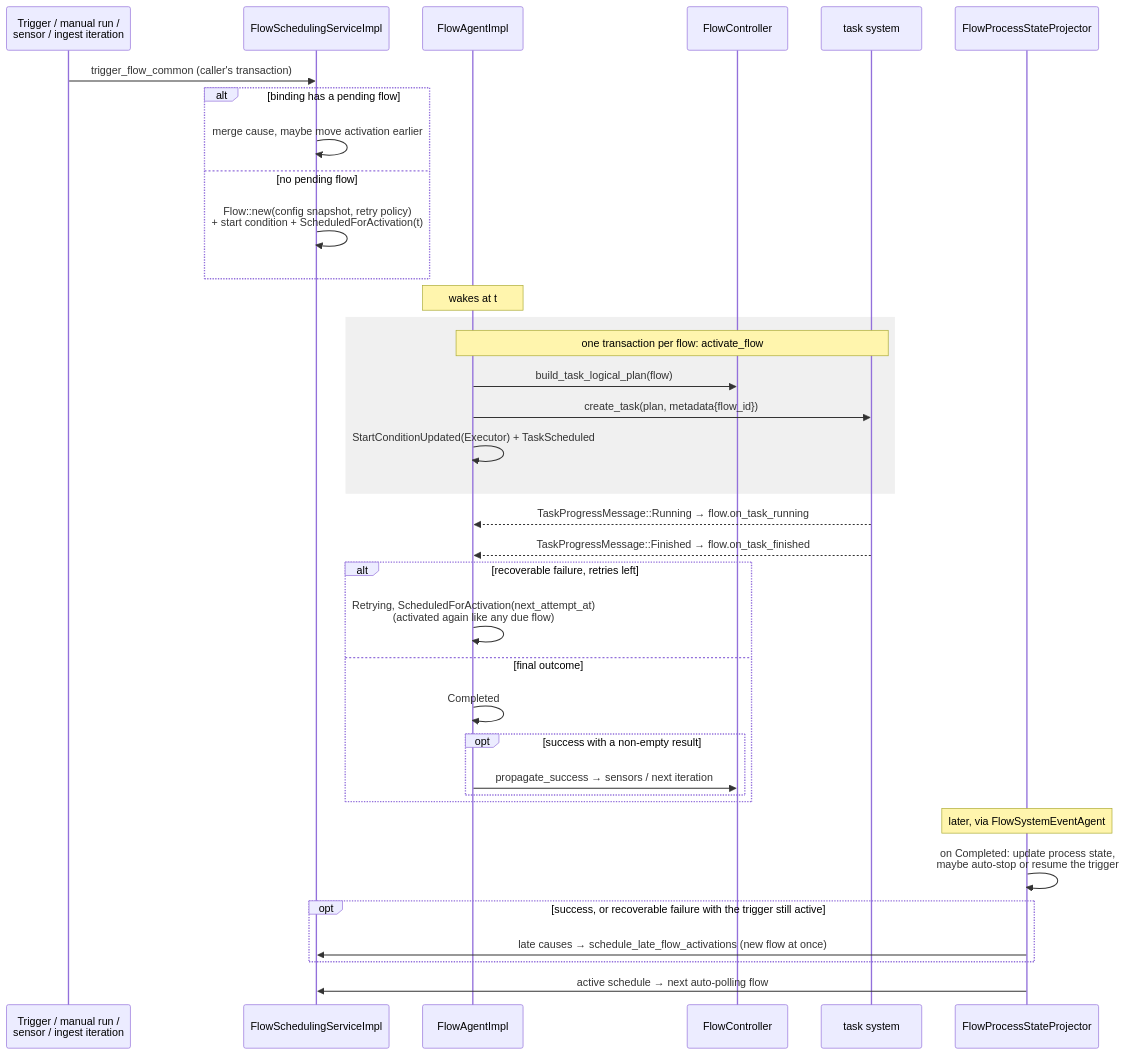
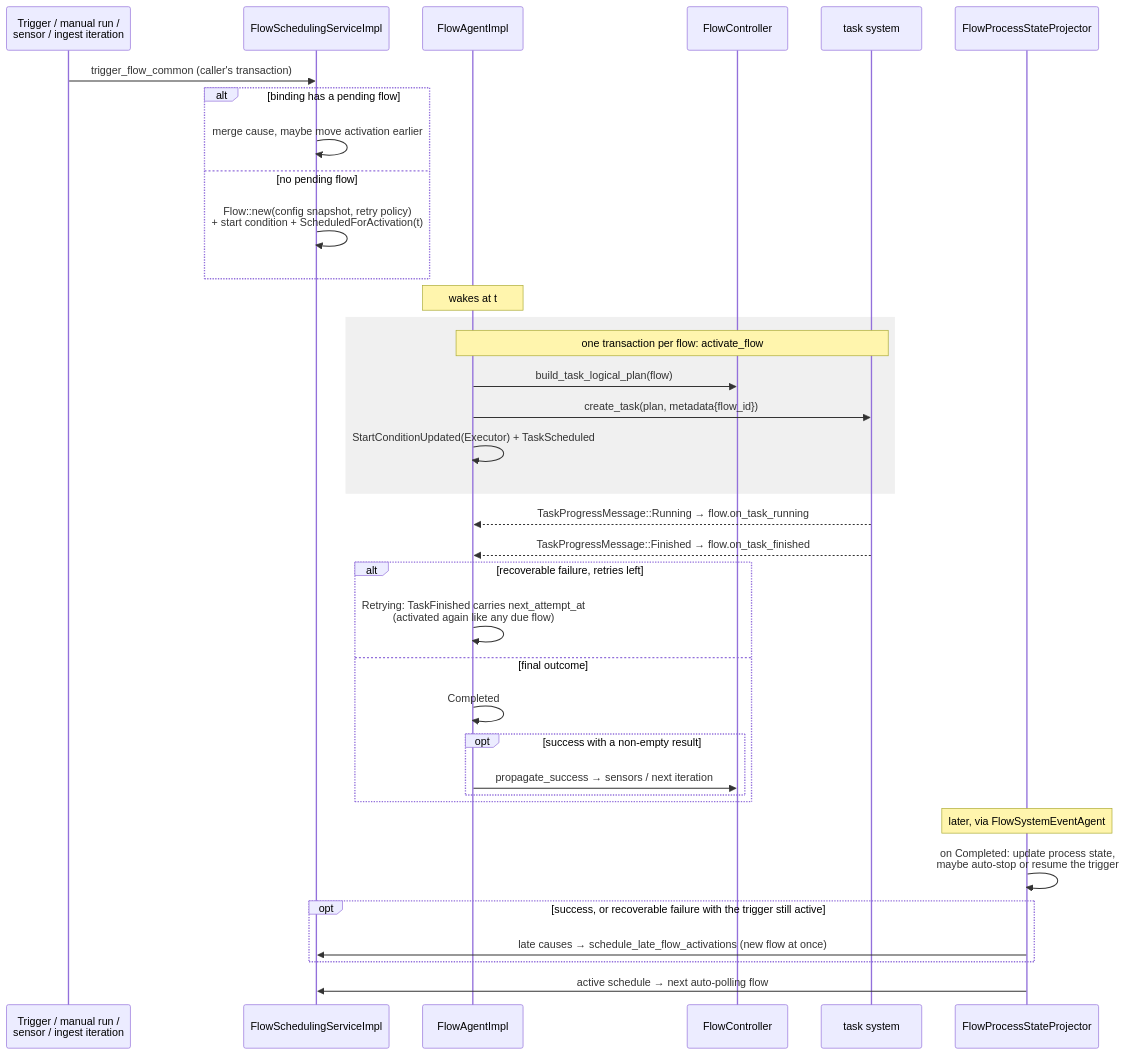
Before and after one commit to kamu-data/kamu-cli: the third of 6 diagrams in docs/internal/flow-system.md, drawn with Mermaid. The commit also changed other lines of this file and 5 other files, not shown here.

````diff
--- a/docs/internal/flow-system.md
+++ b/docs/internal/flow-system.md
@@ -248,42 +248,42 @@
 ```mermaid
 sequenceDiagram
     participant SRC as Trigger / manual run /<br/>sensor / ingest iteration
     participant SCH as FlowSchedulingServiceImpl
     participant FA as FlowAgentImpl
     participant C as FlowController
     participant TS as task system
     participant PR as FlowProcessStateProjector
 
     SRC->>SCH: trigger_flow_common (caller's transaction)
     alt binding has a pending flow
         SCH->>SCH: merge cause, maybe move activation earlier
     else no pending flow
         SCH->>SCH: Flow::new(config snapshot, retry policy)<br/>+ start condition + ScheduledForActivation(t)
     end
 
     note over FA: wakes at t
     rect rgba(128, 128, 128, 0.12)
         note over FA,TS: one transaction per flow: activate_flow
         FA->>C: build_task_logical_plan(flow)
         FA->>TS: create_task(plan, metadata{flow_id})
         FA->>FA: StartConditionUpdated(Executor) + TaskScheduled
     end
 
     TS-->>FA: TaskProgressMessage::Running → flow.on_task_running
     TS-->>FA: TaskProgressMessage::Finished → flow.on_task_finished
     alt recoverable failure, retries left
-        FA->>FA: Retrying, ScheduledForActivation(next_attempt_at)<br/>(activated again like any due flow)
+        FA->>FA: Retrying: TaskFinished carries next_attempt_at<br/>(activated again like any due flow)
     else final outcome
         FA->>FA: Completed
         opt success with a non-empty result
             FA->>C: propagate_success → sensors / next iteration
         end
     end
 
     note over PR: later, via FlowSystemEventAgent
     PR->>PR: on Completed: update process state,<br/>maybe auto-stop or resume the trigger
     opt success, or recoverable failure with the trigger still active
         PR->>SCH: late causes → schedule_late_flow_activations (new flow at once)
     end
     PR->>SCH: active schedule → next auto-polling flow
 ```
````
